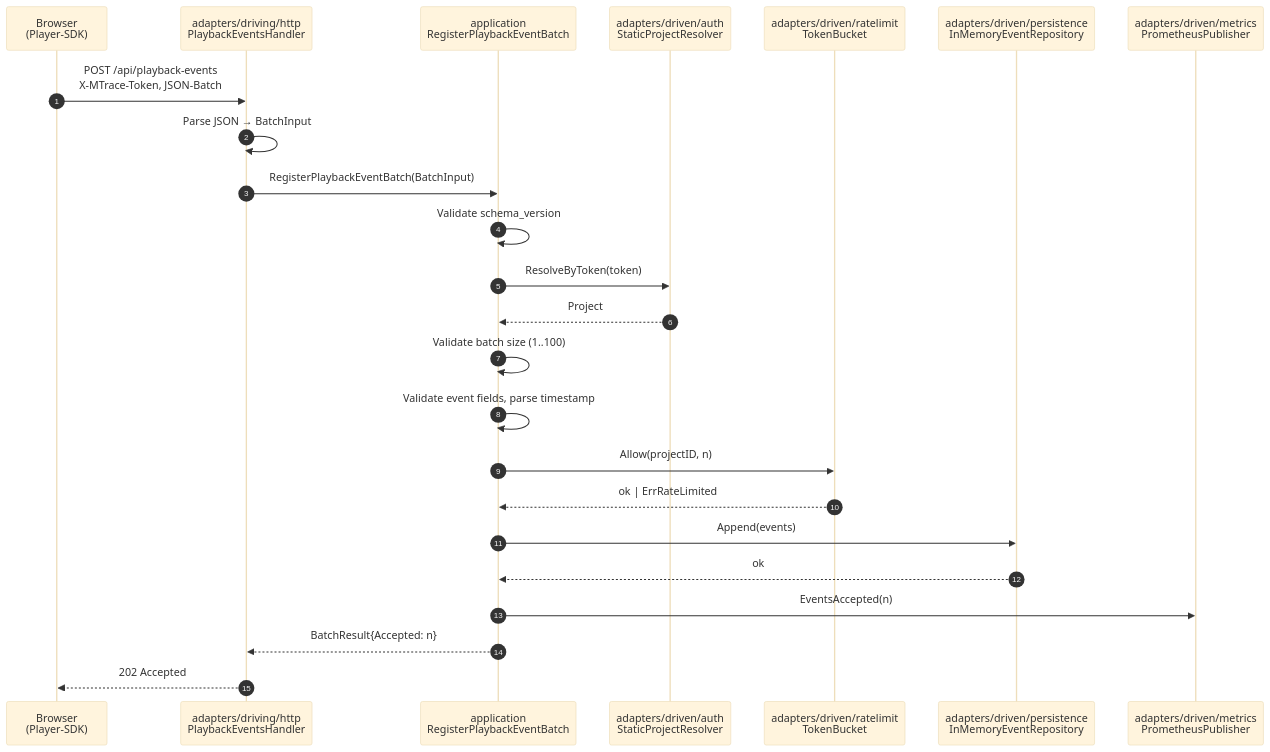
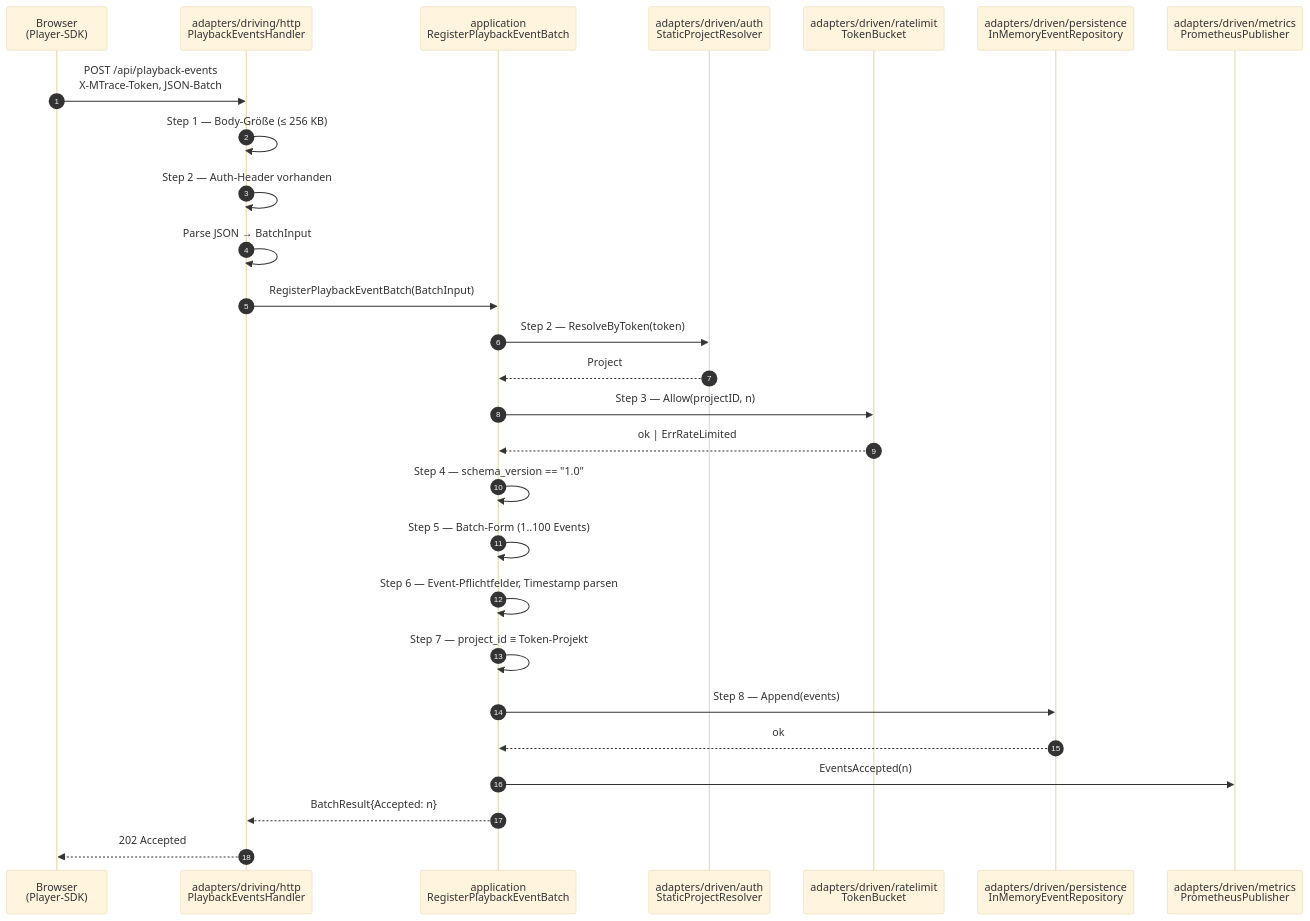
One commit to pt9912/m-trace changed the third of 6 diagrams in docs/architecture.md. Above: the diagram before and after it, drawn with Mermaid (base theme). The commit also changed other lines of this file, not shown here.

First line of the commit message:
docs(architecture): korrigiere Findings aus Code-Review

````diff
--- a/docs/architecture.md
+++ b/docs/architecture.md
@@ -268,27 +268,30 @@
 ```mermaid
 sequenceDiagram
     autonumber
     participant Browser as Browser<br/>(Player-SDK)
     participant HTTP as adapters/driving/http<br/>PlaybackEventsHandler
     participant App as application<br/>RegisterPlaybackEventBatch
     participant Auth as adapters/driven/auth<br/>StaticProjectResolver
     participant Rate as adapters/driven/ratelimit<br/>TokenBucket
     participant Repo as adapters/driven/persistence<br/>InMemoryEventRepository
     participant Metrics as adapters/driven/metrics<br/>PrometheusPublisher
 
     Browser->>HTTP: POST /api/playback-events<br/>X-MTrace-Token, JSON-Batch
+    HTTP->>HTTP: Step 1 — Body-Größe (≤ 256 KB)
+    HTTP->>HTTP: Step 2 — Auth-Header vorhanden
     HTTP->>HTTP: Parse JSON → BatchInput
     HTTP->>App: RegisterPlaybackEventBatch(BatchInput)
-    App->>App: Validate schema_version
-    App->>Auth: ResolveByToken(token)
+    App->>Auth: Step 2 — ResolveByToken(token)
     Auth-->>App: Project
-    App->>App: Validate batch size (1..100)
-    App->>App: Validate event fields, parse timestamp
-    App->>Rate: Allow(projectID, n)
+    App->>Rate: Step 3 — Allow(projectID, n)
     Rate-->>App: ok | ErrRateLimited
-    App->>Repo: Append(events)
+    App->>App: Step 4 — schema_version == "1.0"
+    App->>App: Step 5 — Batch-Form (1..100 Events)
+    App->>App: Step 6 — Event-Pflichtfelder, Timestamp parsen
+    App->>App: Step 7 — project_id ≡ Token-Projekt
+    App->>Repo: Step 8 — Append(events)
     Repo-->>App: ok
     App->>Metrics: EventsAccepted(n)
     App-->>HTTP: BatchResult{Accepted: n}
     HTTP-->>Browser: 202 Accepted
 ```
````
